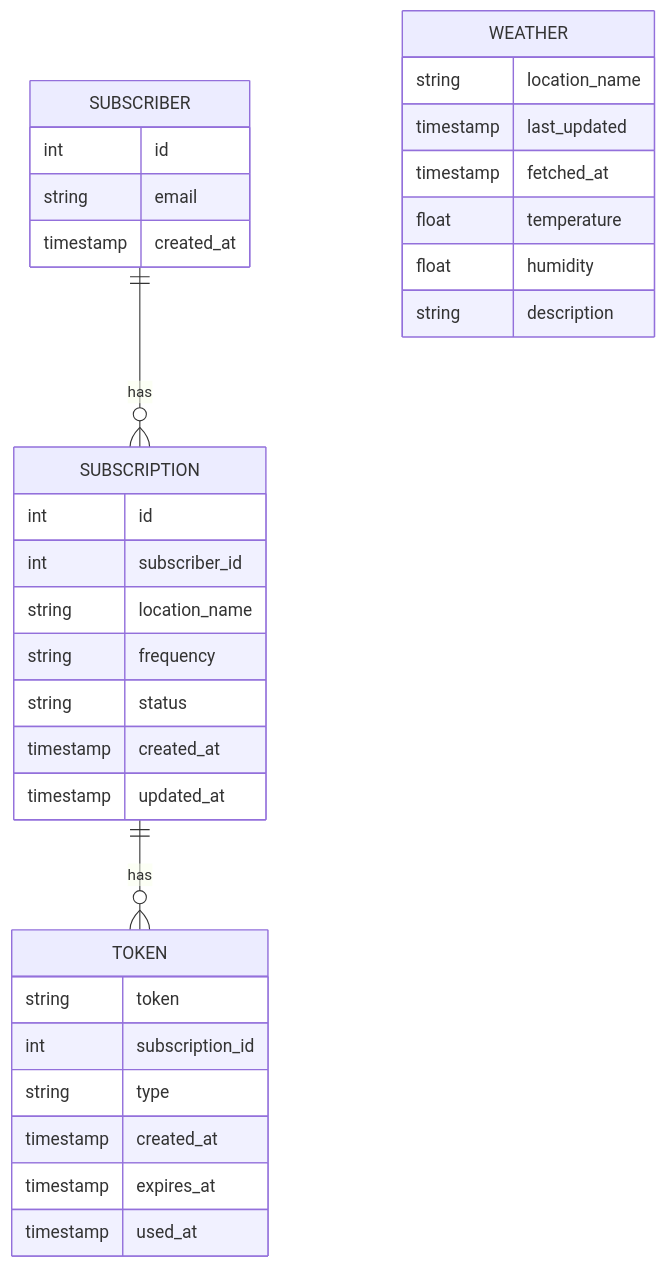
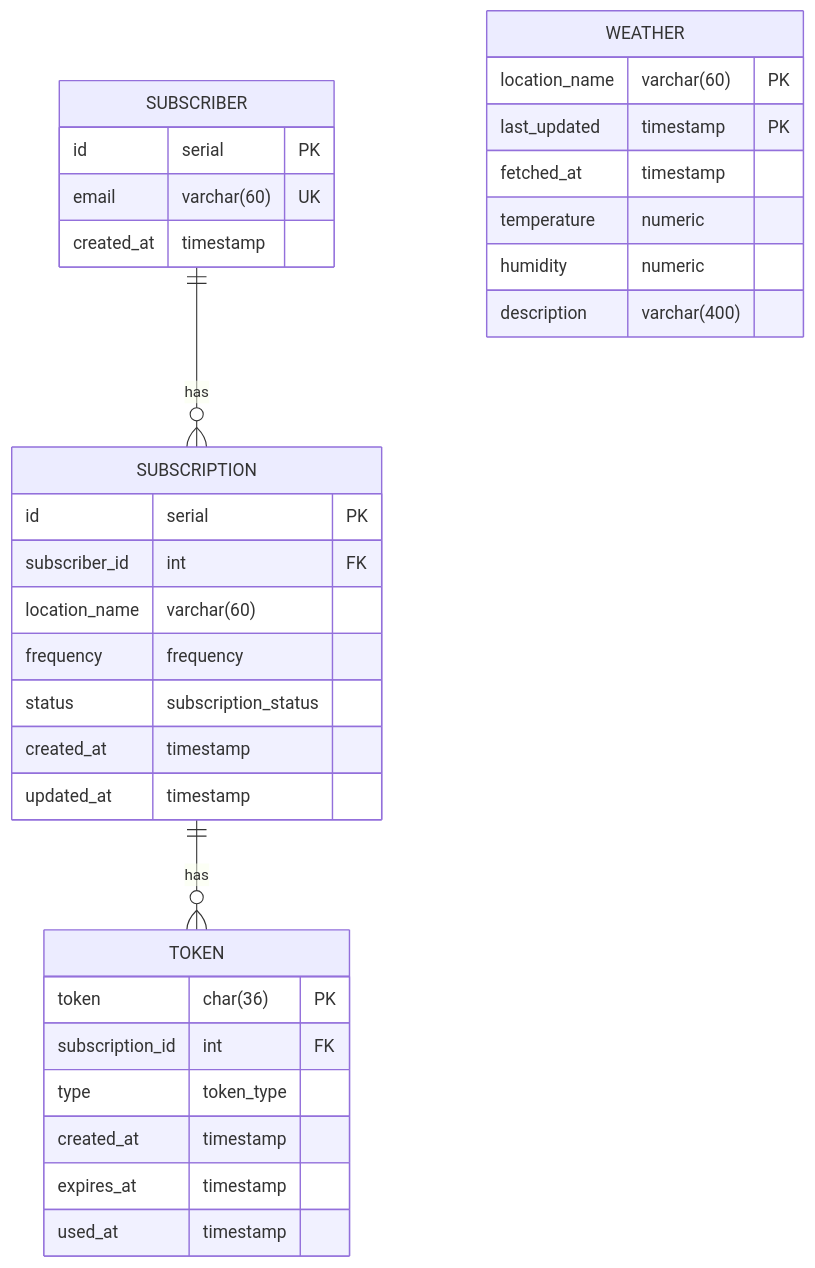
Before and after one commit to GenesisEducationKyiv/software-engineering-school-5-0-denyshuzovskyi: the second of 4 diagrams in docs/sd/system-design.md, drawn with Mermaid. The commit also changed other lines of this file, not shown here.

Commit message:
feat: improve ER diagram

````diff
--- a/docs/sd/system-design.md
+++ b/docs/sd/system-design.md
@@ -101,39 +102,39 @@
 ```mermaid
 erDiagram
     SUBSCRIBER ||--o{ SUBSCRIPTION : "has"
     SUBSCRIPTION ||--o{ TOKEN : "has"
 
     SUBSCRIBER {
-        int id
-        string email
-        timestamp created_at
+        id serial PK
+        email varchar(60) UK
+        created_at timestamp
     }
 
     SUBSCRIPTION {
-        int id
-        int subscriber_id
-        string location_name
-        string frequency
-        string status
-        timestamp created_at
-        timestamp updated_at
+        id serial PK
+        subscriber_id int FK
+        location_name varchar(60)
+        frequency frequency
+        status subscription_status
+        created_at timestamp
+        updated_at timestamp
     }
 
     TOKEN {
-        string token
-        int subscription_id
-        string type
-        timestamp created_at
-        timestamp expires_at
-        timestamp used_at
+        token char(36) PK
+        subscription_id int FK
+        type token_type
+        created_at timestamp
+        expires_at timestamp
+        used_at timestamp
     }
 
     WEATHER {
-        string location_name
-        timestamp last_updated
-        timestamp fetched_at
-        float temperature
-        float humidity
-        string description
+        location_name varchar(60) PK
+        last_updated timestamp PK
+        fetched_at timestamp
+        temperature numeric
+        humidity numeric
+        description varchar(400)
     }
 ```
````
